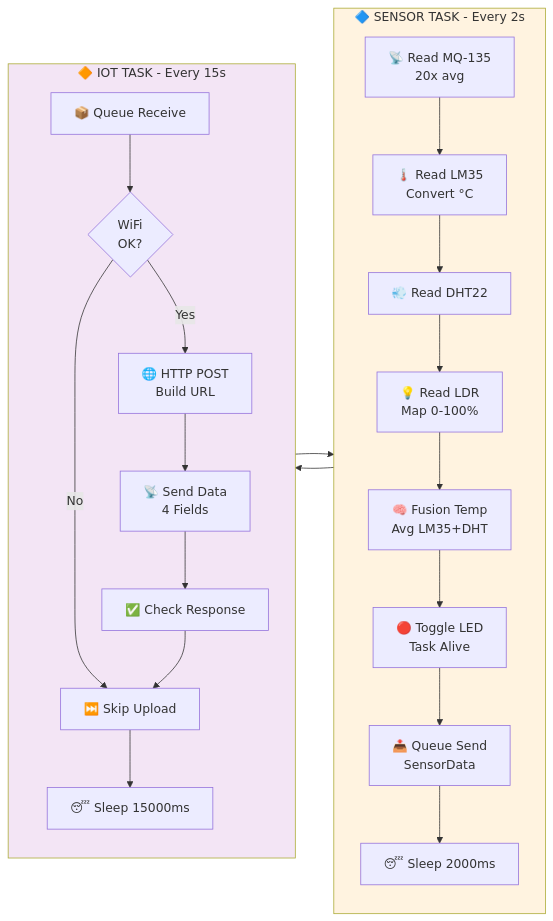
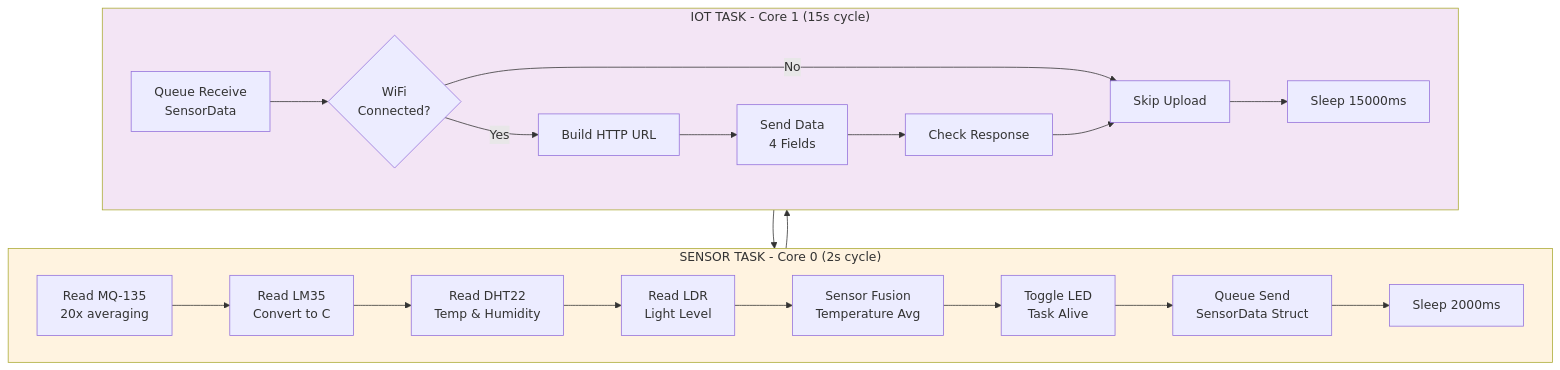
One commit to ficrammanifur/ESP32-RTOS-Environmental-Monitor changed the fourth of 25 diagrams in README.md. Above: the diagram before and after it, drawn with Mermaid. The commit also changed other lines of this file, not shown here.

````diff
--- a/README.md
+++ b/README.md
@@ -245,28 +245,28 @@
 ```mermaid
-flowchart LR
-    subgraph SENSOR["🔷 SENSOR TASK - Every 2s"]
-        S1["📡 Read MQ-135<br/>20x avg"] --> S2["🌡️ Read LM35<br/>Convert °C"]
-        S2 --> S3["💨 Read DHT22"]
-        S3 --> S4["💡 Read LDR<br/>Map 0-100%"]
-        S4 --> S5["🧠 Fusion Temp<br/>Avg LM35+DHT"]
-        S5 --> S6["🔴 Toggle LED<br/>Task Alive"]
-        S6 --> S7["📤 Queue Send<br/>SensorData"]
-        S7 --> S8["😴 Sleep 2000ms"]
+flowchart TD
+    subgraph SENSOR["SENSOR TASK - Core 0 (2s cycle)"]
+        S1["Read MQ-135<br/>20x averaging"] --> S2["Read LM35<br/>Convert to C"]
+        S2 --> S3["Read DHT22<br/>Temp & Humidity"]
+        S3 --> S4["Read LDR<br/>Light Level"]
+        S4 --> S5["Sensor Fusion<br/>Temperature Avg"]
+        S5 --> S6["Toggle LED<br/>Task Alive"]
+        S6 --> S7["Queue Send<br/>SensorData Struct"]
+        S7 --> S8["Sleep 2000ms"]
     end
     
-    subgraph IOT["🔶 IOT TASK - Every 15s"]
-        I1["📦 Queue Receive"] --> I2{WiFi<br/>OK?}
-        I2 -->|No| I3["⏭️ Skip Upload"]
-        I2 -->|Yes| I4["🌐 HTTP POST<br/>Build URL"]
-        I4 --> I5["📡 Send Data<br/>4 Fields"]
-        I5 --> I6["✅ Check Response"]
+    subgraph IOT["IOT TASK - Core 1 (15s cycle)"]
+        I1["Queue Receive<br/>SensorData"] --> I2{WiFi<br/>Connected?}
+        I2 -->|No| I3["Skip Upload"]
+        I2 -->|Yes| I4["Build HTTP URL"]
+        I4 --> I5["Send Data<br/>4 Fields"]
+        I5 --> I6["Check Response"]
         I6 --> I3
-        I3 --> I7["😴 Sleep 15000ms"]
+        I3 --> I7["Sleep 15000ms"]
     end
     
     SENSOR --> IOT
     IOT --> SENSOR
     
     style SENSOR fill:#fff3e0
     style IOT fill:#f3e5f5
 ```
````
